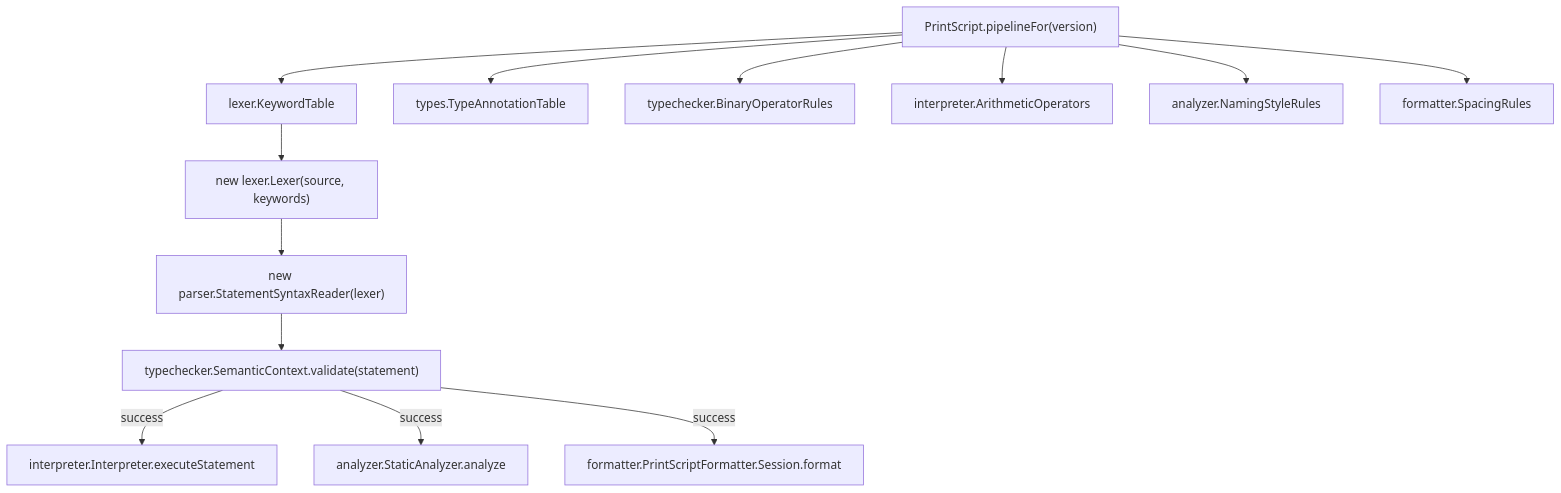
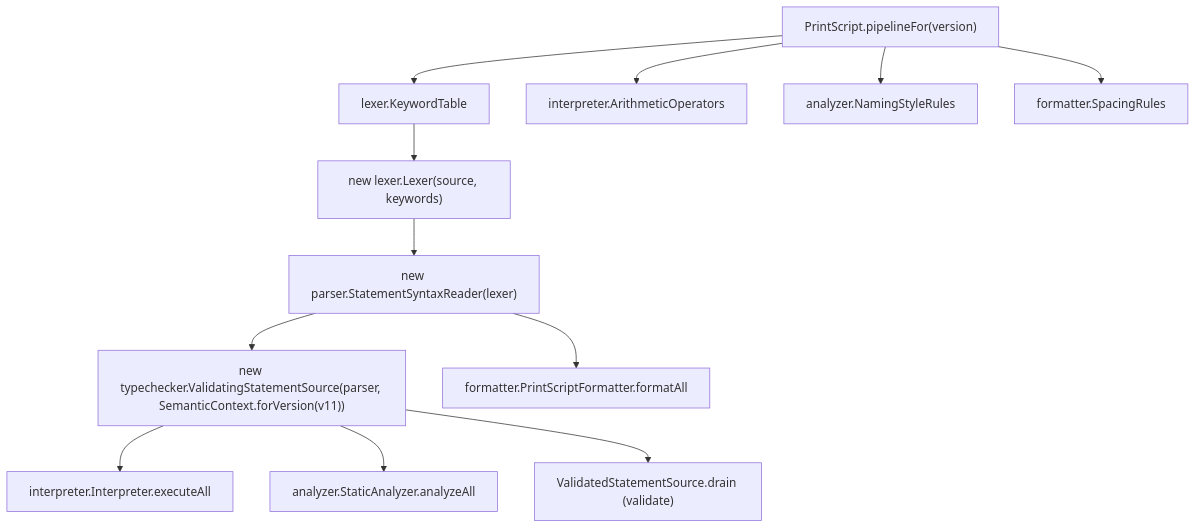
One commit to GarroteSantiago/printscript changed the diagram in application/ARCHITECTURE.md. Above: the diagram before and after it, drawn with Mermaid. The commit also changed other lines of this file and 20 other files, not shown here.

First line of the commit message:
refactor(application,typetable,typechecker): pull statement orchestration into ValidatedStatementSource

````diff
--- a/application/ARCHITECTURE.md
+++ b/application/ARCHITECTURE.md
@@ -51,15 +64,14 @@
 ```mermaid
 graph TD
     PrintScript["PrintScript.pipelineFor(version)"] --> Keywords["lexer.KeywordTable"]
-    PrintScript --> TypeAnn["types.TypeAnnotationTable"]
-    PrintScript --> BinOps["typechecker.BinaryOperatorRules"]
     PrintScript --> ArithOps["interpreter.ArithmeticOperators"]
     PrintScript --> Naming["analyzer.NamingStyleRules"]
     PrintScript --> Spacing["formatter.SpacingRules"]
     Keywords --> Lexer["new lexer.Lexer(source, keywords)"]
     Lexer --> Parser["new parser.StatementSyntaxReader(lexer)"]
-    Parser --> SemCtx["typechecker.SemanticContext.validate(statement)"]
-    SemCtx -->|success| Interp["interpreter.Interpreter.executeStatement"]
-    SemCtx -->|success| Analyzer["analyzer.StaticAnalyzer.analyze"]
-    SemCtx -->|success| Fmt["formatter.PrintScriptFormatter.Session.format"]
+    Parser --> Validating["new typechecker.ValidatingStatementSource(parser, SemanticContext.forVersion(v11))"]
+    Validating --> Interp["interpreter.Interpreter.executeAll"]
+    Validating --> Analyzer["analyzer.StaticAnalyzer.analyzeAll"]
+    Validating --> Drain["ValidatedStatementSource.drain (validate)"]
+    Parser --> Fmt["formatter.PrintScriptFormatter.formatAll"]
 ```
````
